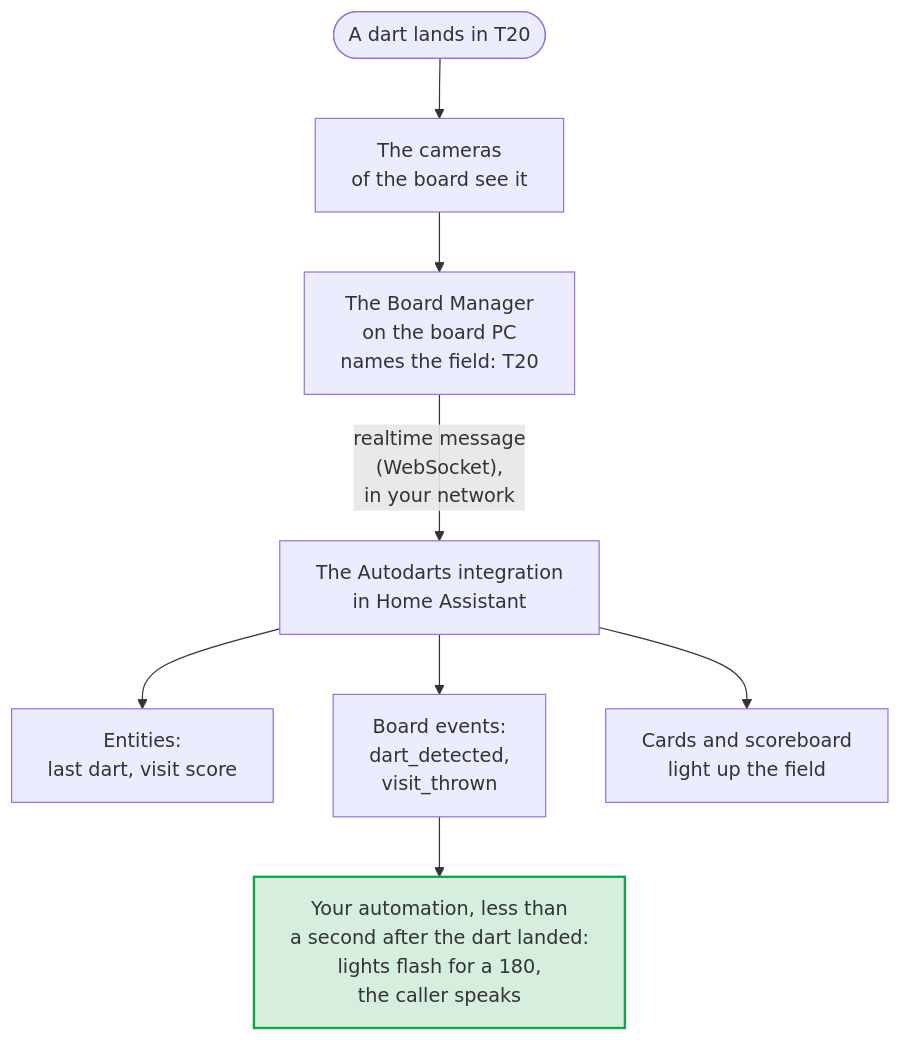
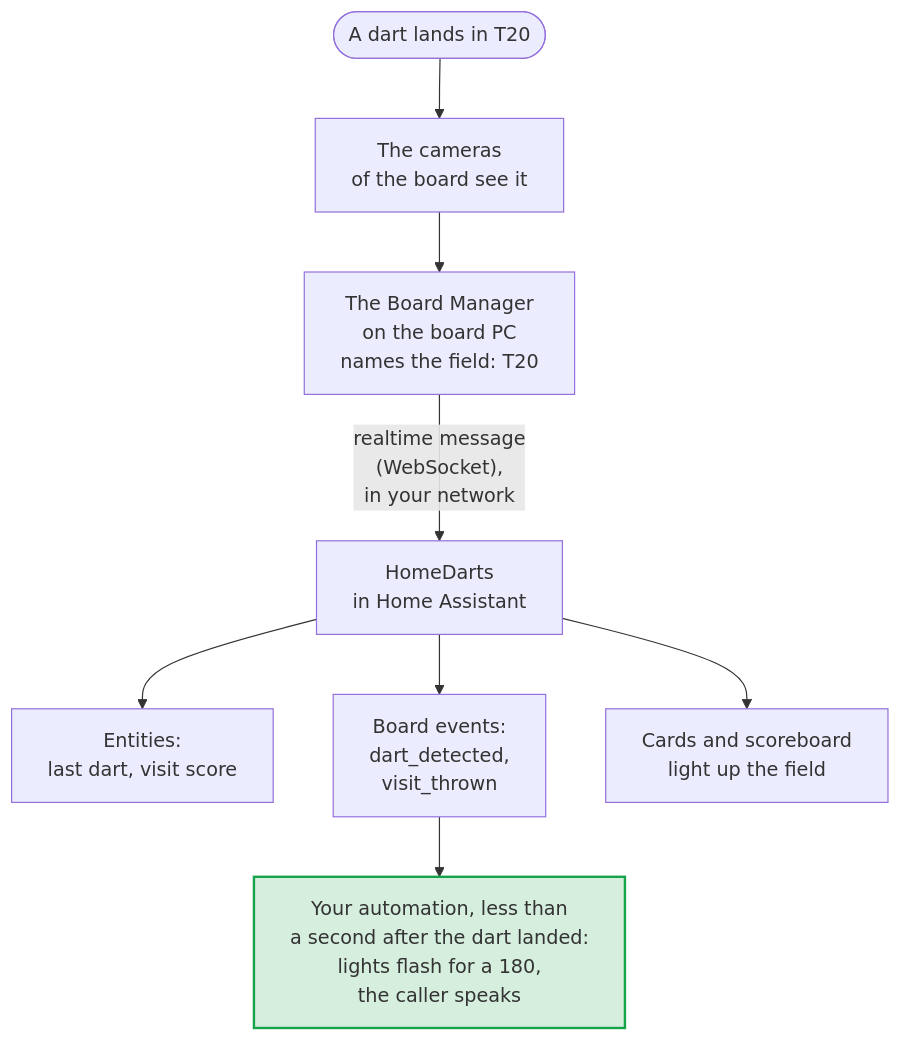
Before and after one commit to Dennis-Otto/ha-autodarts: the diagram in docs/diagrams/dart-journey.en.mmd, drawn with Mermaid. The commit also changed 506 other files, not shown here.

First line of the commit message:
feat!: HomeDarts for Autodarts, a name of its own (#442)

```diff
--- a/docs/diagrams/dart-journey.en.mmd
+++ b/docs/diagrams/dart-journey.en.mmd
@@ -1,17 +1,17 @@
 ---
 config:
   flowchart:
     wrappingWidth: 400
 ---
 flowchart TB
   accTitle: The journey of a dart
-  accDescr: A dart lands in triple 20. The cameras of the board see it, and the Board Manager on the board PC names the field. A realtime message carries it over your network to the Autodarts integration in Home Assistant, which updates the entities, sends the board events and lights up the field on the cards and the scoreboard. Your automation reacts to the events, for example with flashing lights for a 180 or a caller. All of it takes less than a second and needs no cloud.
+  accDescr: A dart lands in triple 20. The cameras of the board see it, and the Board Manager on the board PC names the field. A realtime message carries it over your network to HomeDarts in Home Assistant, which updates the entities, sends the board events and lights up the field on the cards and the scoreboard. Your automation reacts to the events, for example with flashing lights for a 180 or a caller. All of it takes less than a second and needs no cloud.
   DART(["A dart lands in T20"]) --> CAMERAS["The cameras<br/>of the board see it"]
   CAMERAS --> MANAGER["The Board Manager<br/>on the board PC<br/>names the field: T20"]
-  MANAGER -- "realtime message<br/>(WebSocket),<br/>in your network" --> INTEGRATION["The Autodarts integration<br/>in Home Assistant"]
+  MANAGER -- "realtime message<br/>(WebSocket),<br/>in your network" --> INTEGRATION["HomeDarts<br/>in Home Assistant"]
   INTEGRATION --> ENTITIES["Entities:<br/>last dart, visit score"]
   INTEGRATION --> EVENTS["Board events:<br/>dart_detected,<br/>visit_thrown"]
   INTEGRATION --> CARDS["Cards and scoreboard<br/>light up the field"]
   EVENTS --> AUTOMATION["Your automation, less than<br/>a second after the dart landed:<br/>lights flash for a 180,<br/>the caller speaks"]
   classDef done fill:#16a34a2e,stroke:#16a34a,stroke-width:2px
   class AUTOMATION done
```
